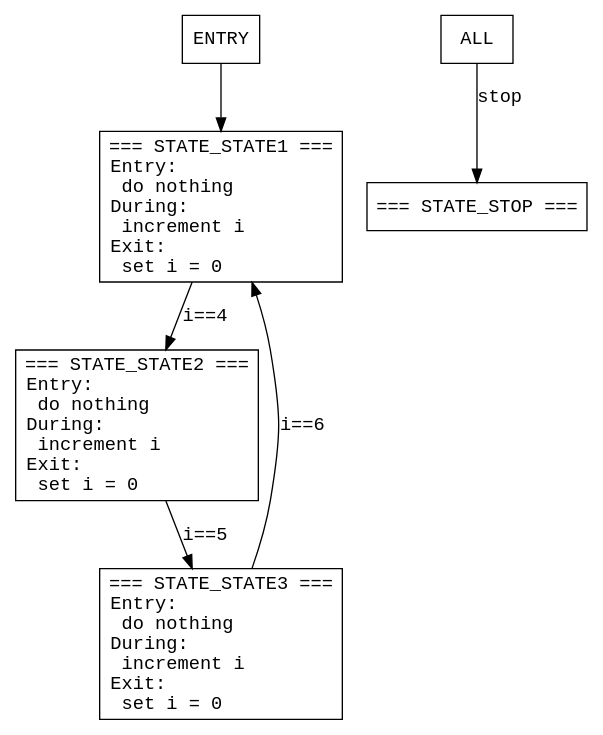
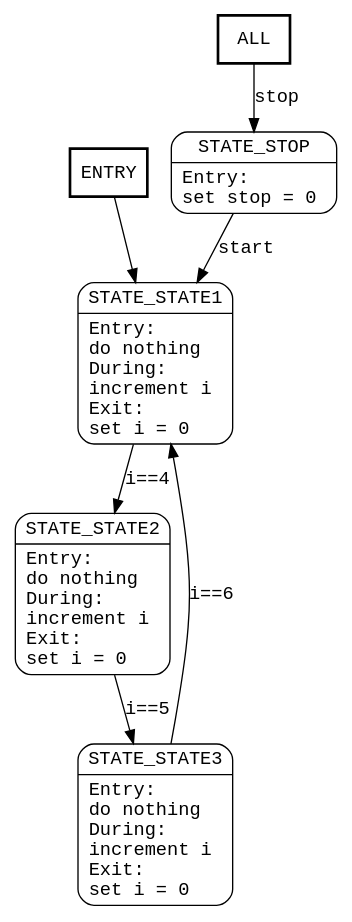
Before and after one commit to mfilippa/fsm_graph: the diagram in fsm.dot, drawn with Graphviz. The commit also changed 4 other files, not shown here.

Commit message:
changed appearance of graph, using Mrecord shapes

```diff
--- a/fsm.dot
+++ b/fsm.dot
@@ -1,14 +1,15 @@
 digraph G {
     node [shape=box,fontname=courier];
-    ENTRY [label="ENTRY"];
+    ENTRY [style=bold,label="ENTRY"];
     ENTRY -> STATE_STATE1;
-    STATE_STATE1 [label="=== STATE_STATE1 ===\nEntry:\l  do nothing\lDuring:\l  increment i\lExit:\l  set i = 0\l"];
-    STATE_STATE2 [label="=== STATE_STATE2 ===\nEntry:\l  do nothing\lDuring:\l  increment i\lExit:\l  set i = 0\l"];
-    STATE_STATE3 [label="=== STATE_STATE3 ===\nEntry:\l  do nothing\lDuring:\l  increment i\lExit:\l  set i = 0\l"];
-    STATE_STOP [label="=== STATE_STOP ===\n"];
-    ALL [label="ALL"];
+    STATE_STATE1 [shape="Mrecord",label="{STATE_STATE1|Entry:\l  do nothing\lDuring:\l  increment i\lExit:\l  set i = 0\l}"];
+    STATE_STATE2 [shape="Mrecord",label="{STATE_STATE2|Entry:\l  do nothing\lDuring:\l  increment i\lExit:\l  set i = 0\l}"];
+    STATE_STATE3 [shape="Mrecord",label="{STATE_STATE3|Entry:\l  do nothing\lDuring:\l  increment i\lExit:\l  set i = 0\l}"];
+    STATE_STOP [shape="Mrecord",label="{STATE_STOP|Entry:\l  set stop = 0\l}"];
+    ALL [style=bold,label="ALL"];
     ALL -> STATE_STOP [fontname=courier,label="stop"];
     STATE_STATE1 -> STATE_STATE2 [fontname=courier,label="i==4"];
     STATE_STATE2 -> STATE_STATE3 [fontname=courier,label="i==5"];
     STATE_STATE3 -> STATE_STATE1 [fontname=courier,label="i==6"];
+    STATE_STOP -> STATE_STATE1 [fontname=courier,label="start"];
 }
```
